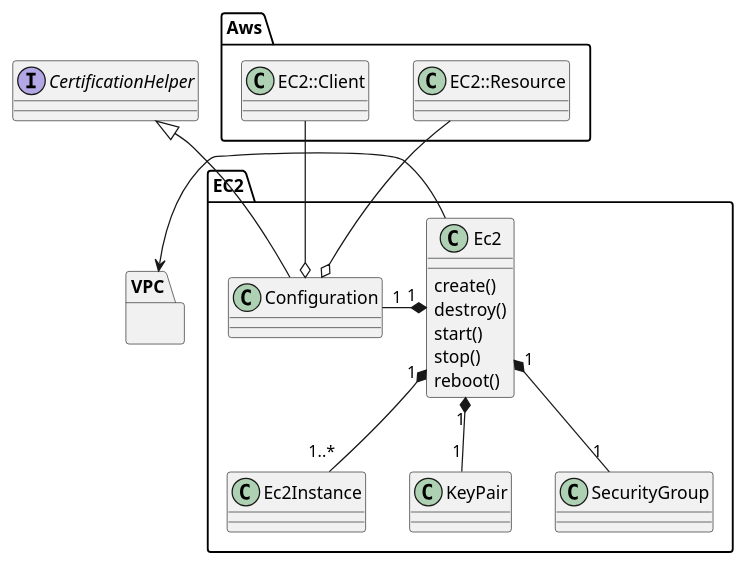
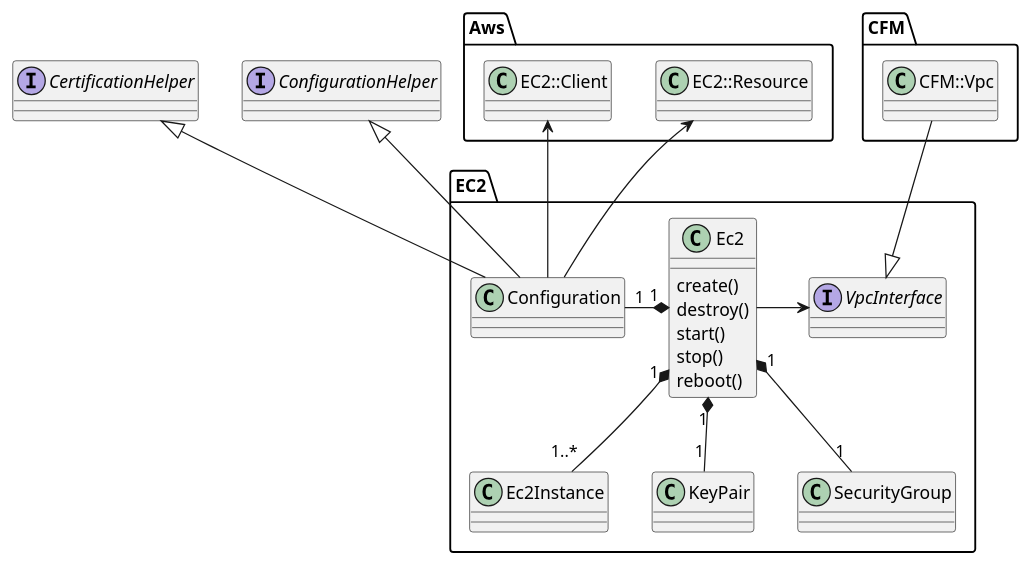
Before and after one commit to k2works/etude_for_aws: the diagram in docs/dev/ec2/core_model.puml, drawn with PlantUML. The commit also changed 8 other files, not shown here.

```diff
--- a/docs/dev/ec2/core_model.puml
+++ b/docs/dev/ec2/core_model.puml
@@ -1,32 +1,38 @@
 @startuml
 
 package Aws {
   class EC2::Client
   class EC2::Resource
 }
 
-package VPC {
+package CFM {
+  class CFM::Vpc
 }
 
 Interface CertificationHelper
+Interface ConfigurationHelper
 
 package EC2 {
+  Interface VpcInterface
+  VpcInterface <|-u- CFM::Vpc
+
   class Ec2 {
     create()
     destroy()
     start()
     stop()
     reboot()
   }
   CertificationHelper <|-- Configuration
-  Configuration o-u- EC2::Client
-  Configuration o-u- EC2::Resource
-  Ec2 -l-> VPC
+  ConfigurationHelper <|-- Configuration
+  Configuration -u-> EC2::Client
+  Configuration -u-> EC2::Resource
+  Ec2 -r-> VpcInterface
   Ec2 "1" *-l- "1" Configuration
   Ec2 "1" *-- "1..*" Ec2Instance
   Ec2 "1" *-- "1" KeyPair
   Ec2 "1" *-- "1" SecurityGroup
 
 }
 
 @enduml
```
